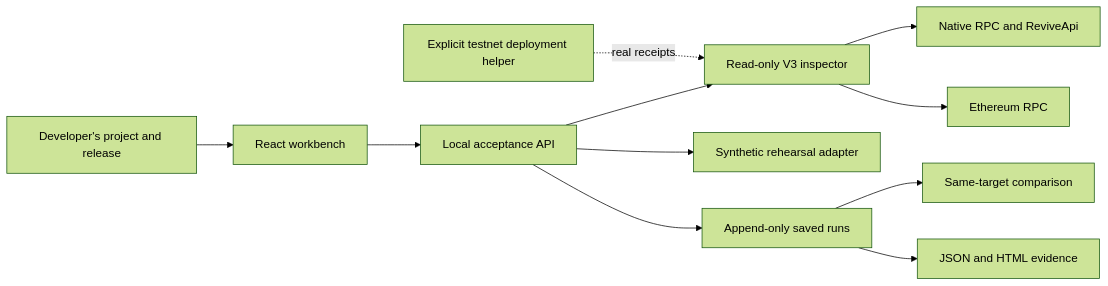
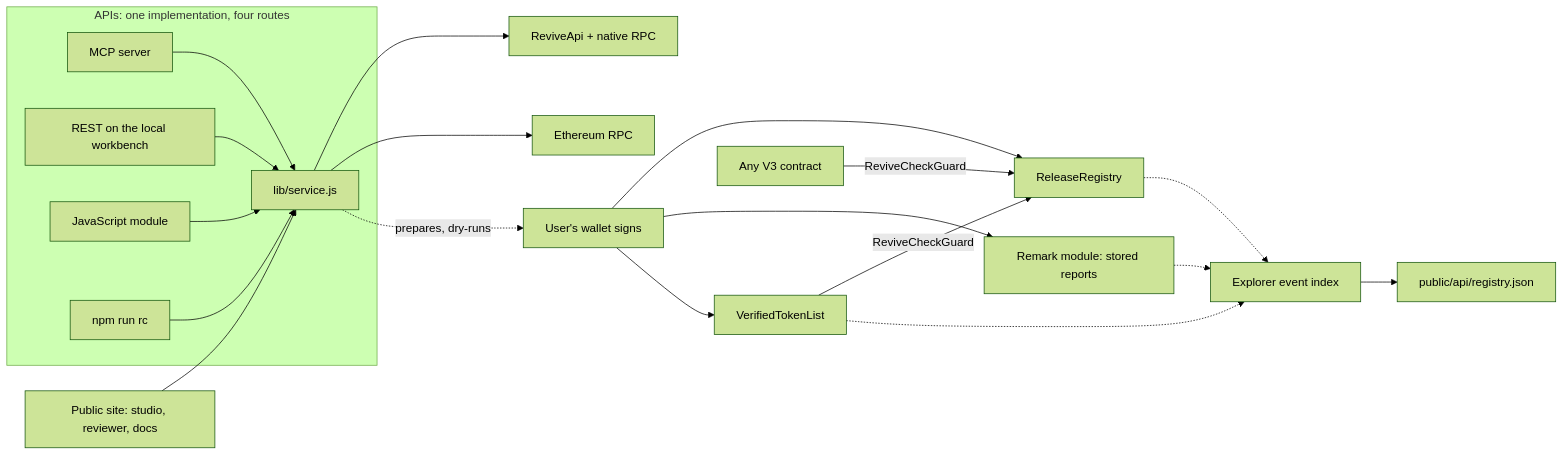
One commit to a252937166/ReviveCheck changed the diagram in README.md. Above: the diagram before and after it, drawn with Mermaid (forest theme). The commit also changed other lines of this file and 46 other files, not shown here.

````diff
--- a/README.md
+++ b/README.md
@@ -117,13 +185,22 @@
 ```mermaid
 flowchart LR
-    Developer[Developer's project and release] --> UI[React workbench]
-    UI --> API[Local acceptance API]
-    API --> Live[Read-only V3 inspector]
-    Live --> Native[Native RPC and ReviveApi]
-    Live --> EVM[Ethereum RPC]
-    API --> Fixture[Synthetic rehearsal adapter]
-    API --> Store[Append-only saved runs]
-    Store --> Diff[Same-target comparison]
-    Store --> Export[JSON and HTML evidence]
-    CLI[Explicit testnet deployment helper] -. real receipts .-> Live
+    subgraph Routes[APIs: one implementation, four routes]
+        MCP[MCP server] --> Service[lib/service.js]
+        REST[REST on the local workbench] --> Service
+        JS[JavaScript module] --> Service
+        CLI[npm run rc] --> Service
+    end
+    Studio[Public site: studio, reviewer, docs] --> Service
+    Service --> ReviveApi[ReviveApi + native RPC]
+    Service --> EVM[Ethereum RPC]
+    Service -. prepares, dry-runs .-> Wallet[User's wallet signs]
+    Wallet --> Registry[ReleaseRegistry]
+    Wallet --> Remark[Remark module: stored reports]
+    Wallet --> List[VerifiedTokenList]
+    List -- ReviveCheckGuard --> Registry
+    Consumer[Any V3 contract] -- ReviveCheckGuard --> Registry
+    Explorer[Explorer event index] --> Feed[public/api/registry.json]
+    Registry -.-> Explorer
+    Remark -.-> Explorer
+    List -.-> Explorer
 ```
````
